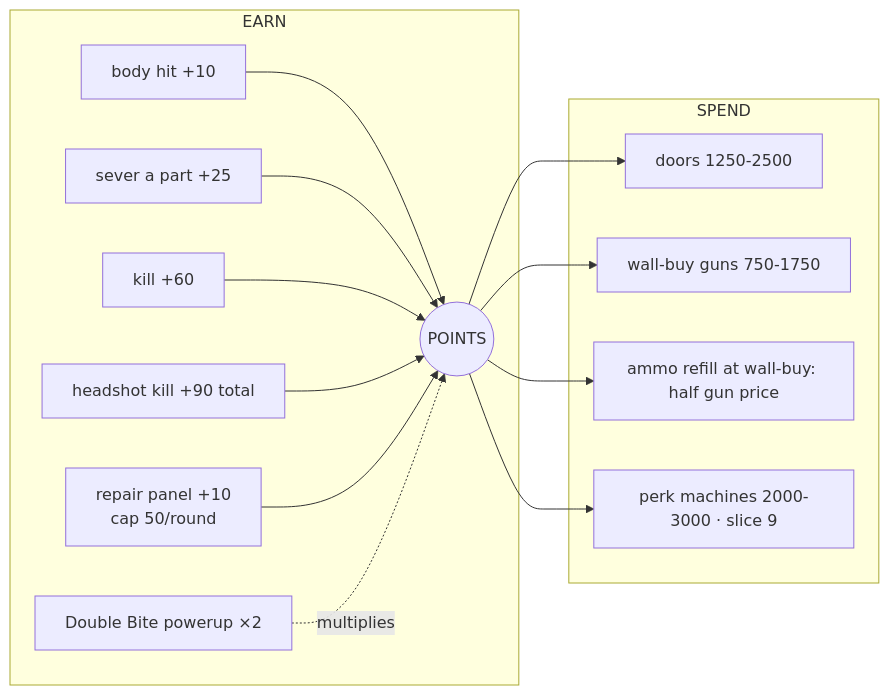
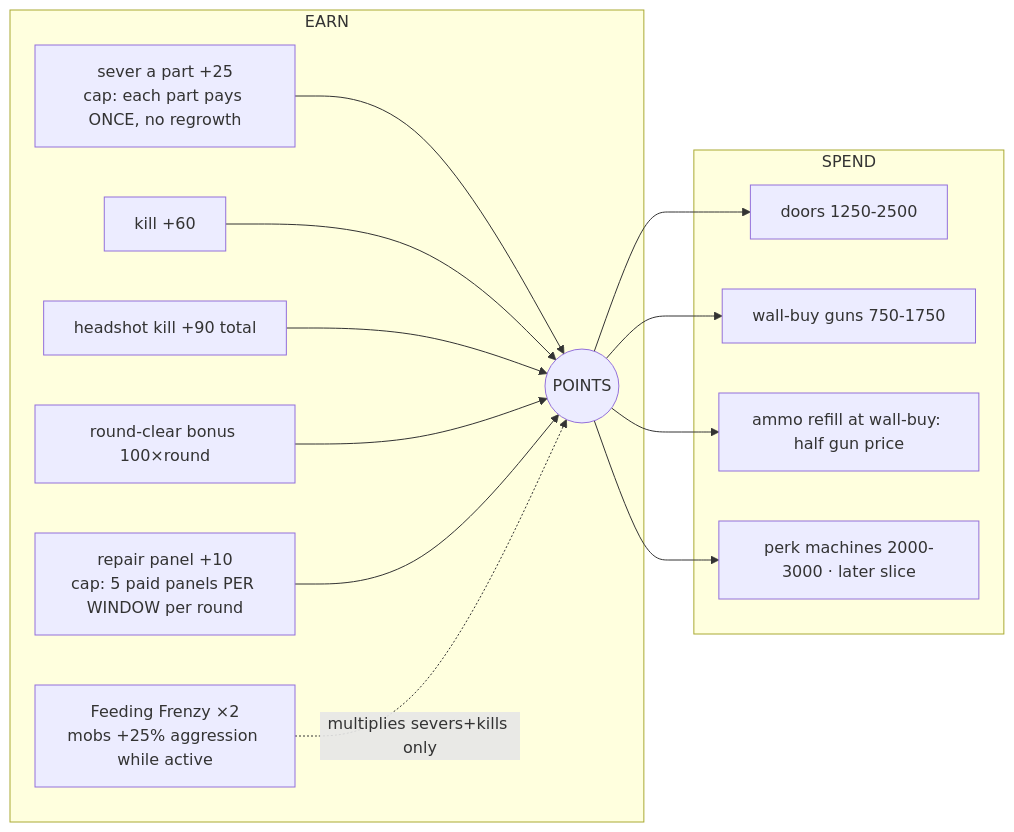
One commit to SeanSwan/-SS-PT-New changed the third of 5 diagrams in docs/ai-workflow/AI-HANDOFF/AFTERTASTE-BEYOND-ZOMBIES-MASTER-BLUEPRINT-2026-09-02.md. Above: the diagram before and after it, drawn with Mermaid. The commit also changed other lines of this file and 2 other files, not shown here.

````diff
--- a/docs/ai-workflow/AI-HANDOFF/AFTERTASTE-BEYOND-ZOMBIES-MASTER-BLUEPRINT-2026-09-02.md
+++ b/docs/ai-workflow/AI-HANDOFF/AFTERTASTE-BEYOND-ZOMBIES-MASTER-BLUEPRINT-2026-09-02.md
@@ -98,17 +131,17 @@
 ```mermaid
 flowchart LR
     subgraph EARN
-      H[body hit +10] --> P((POINTS))
-      S[sever a part +25] --> P
+      S[sever a part +25<br/>cap: each part pays ONCE, no regrowth] --> P((POINTS))
       K[kill +60] --> P
       HS[headshot kill +90 total] --> P
-      R[repair panel +10<br/>cap 50/round] --> P
-      PU[Double Bite powerup ×2] -.multiplies.-> P
+      RB[round-clear bonus 100×round] --> P
+      RP[repair panel +10<br/>cap: 5 paid panels PER WINDOW per round] --> P
+      PU[Feeding Frenzy ×2<br/>mobs +25% aggression while active] -.multiplies severs+kills only.-> P
     end
     subgraph SPEND
       P --> D[doors 1250-2500]
       P --> W[wall-buy guns 750-1750]
       P --> AM[ammo refill at wall-buy: half gun price]
-      P --> PK[perk machines 2000-3000 · slice 9]
+      P --> PK[perk machines 2000-3000 · later slice]
     end
 ```
````
